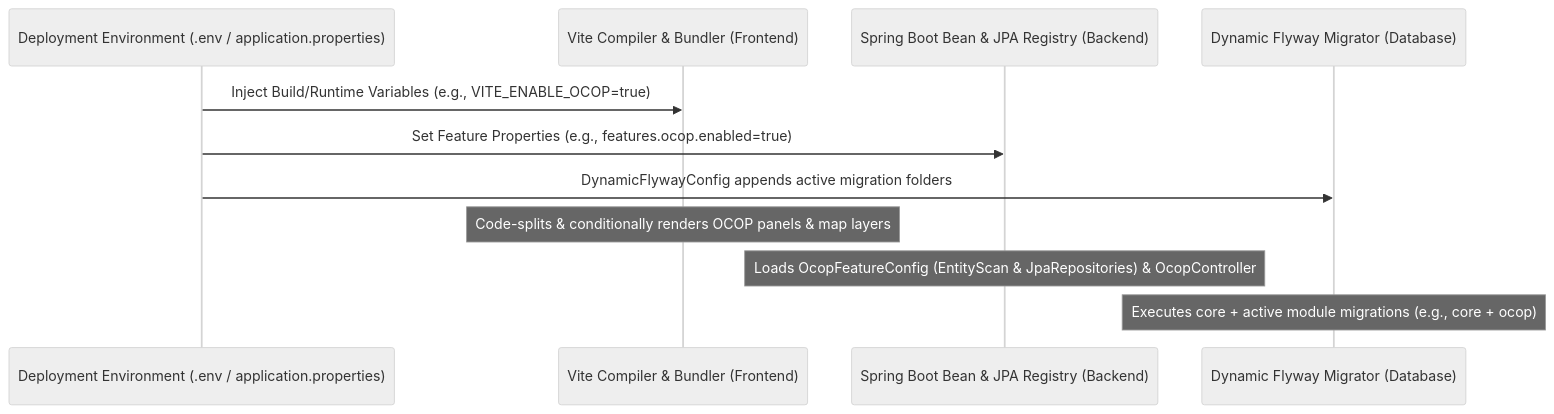
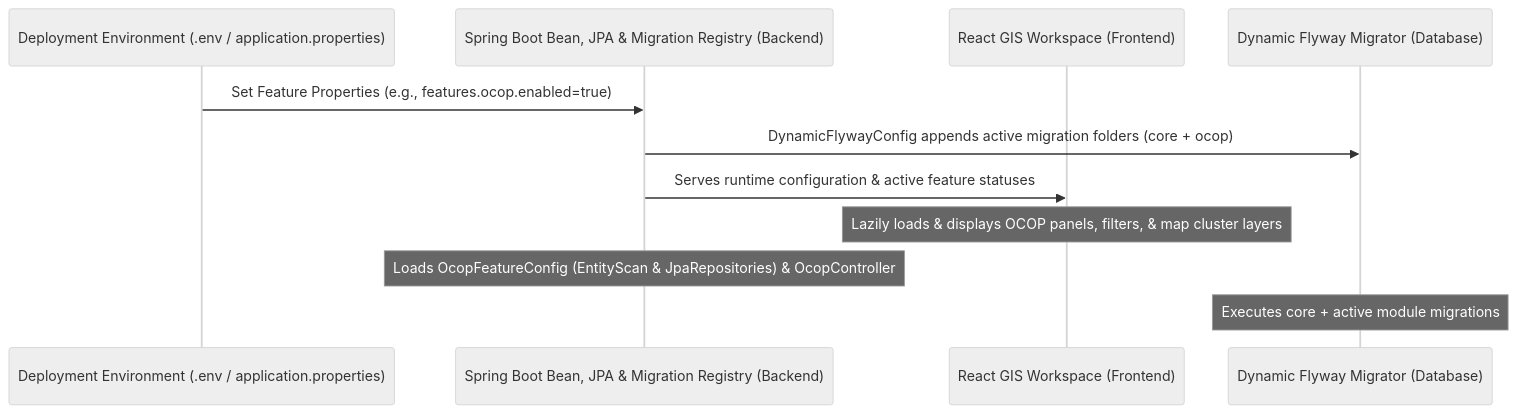
Before and after one commit to GMIOS25/WEB-GIS-TEMPLATE: the second of 3 diagrams in docs/en/ARCHITECTURE SPECIFICATION.md, drawn with Mermaid (neutral theme). The commit also changed other lines of this file and 8 other files, not shown here.

````diff
--- a/docs/en/ARCHITECTURE SPECIFICATION.md
+++ b/docs/en/ARCHITECTURE SPECIFICATION.md
@@ -56,15 +56,14 @@
 ```mermaid
 sequenceDiagram
     participant Config as Deployment Environment (.env / application.properties)
-    participant FE as Vite Compiler & Bundler (Frontend)
-    participant BE as Spring Boot Bean & JPA Registry (Backend)
+    participant BE as Spring Boot Bean, JPA & Migration Registry (Backend)
+    participant FE as React GIS Workspace (Frontend)
     participant DB as Dynamic Flyway Migrator (Database)
 
-    Config->>FE: Inject Build/Runtime Variables (e.g., VITE_ENABLE_OCOP=true)
     Config->>BE: Set Feature Properties (e.g., features.ocop.enabled=true)
-    Config->>DB: DynamicFlywayConfig appends active migration folders
-
-    Note over FE: Code-splits & conditionally renders OCOP panels & map layers
+    BE->>DB: DynamicFlywayConfig appends active migration folders (core + ocop)
+    BE->>FE: Serves runtime configuration & active feature statuses
+    Note over FE: Lazily loads & displays OCOP panels, filters, & map cluster layers
     Note over BE: Loads OcopFeatureConfig (EntityScan & JpaRepositories) & OcopController
-    Note over DB: Executes core + active module migrations (e.g., core + ocop)
+    Note over DB: Executes core + active module migrations
 ```
````
